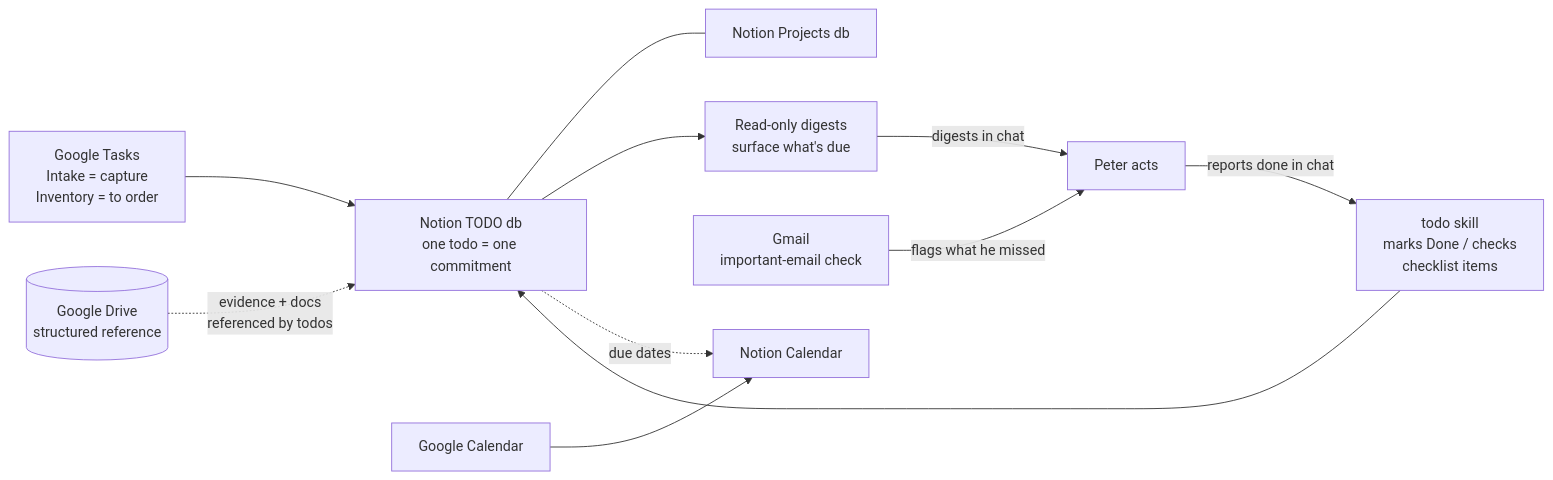
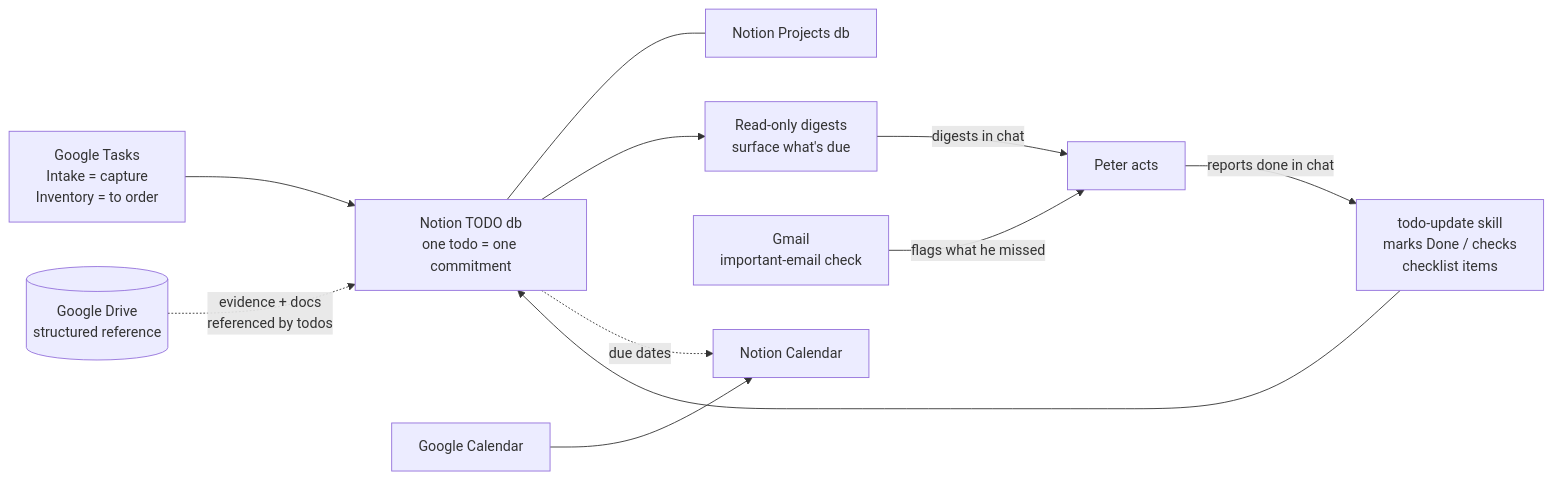
One commit to fonsecapeter/muse-skills changed the first of 2 diagrams in gtd/SYSTEM.md. Above: the diagram before and after it, drawn with Mermaid. The commit also changed other lines of this file and 29 other files, not shown here.

````diff
--- a/gtd/SYSTEM.md
+++ b/gtd/SYSTEM.md
@@ -9,13 +9,13 @@
 ```mermaid
 flowchart LR
     GT["Google Tasks<br/>Intake = capture<br/>Inventory = to order"] --> TODO["Notion TODO db<br/>one todo = one commitment"]
     TODO --- PROJ["Notion Projects db"]
     TODO --> SURF["Read-only digests<br/>surface what's due"]
     SURF -->|"digests in chat"| PETER["Peter acts"]
-    PETER -->|"reports done in chat"| TODOSKILL["todo skill<br/>marks Done / checks<br/>checklist items"]
+    PETER -->|"reports done in chat"| TODOSKILL["todo-update skill<br/>marks Done / checks<br/>checklist items"]
     TODOSKILL --> TODO
     EMAIL["Gmail<br/>important-email check"] -->|"flags what he missed"| PETER
     DRIVE[("Google Drive<br/>structured reference")] -.->|"evidence + docs<br/>referenced by todos"| TODO
     GCAL["Google Calendar"] --> NCAL["Notion Calendar"]
     TODO -.->|"due dates"| NCAL
 ```
````
